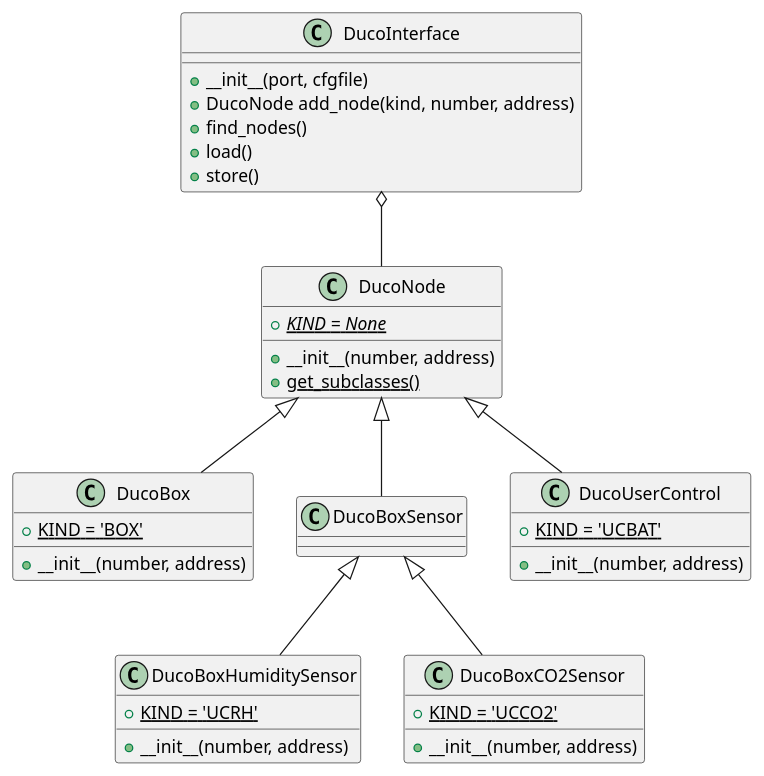
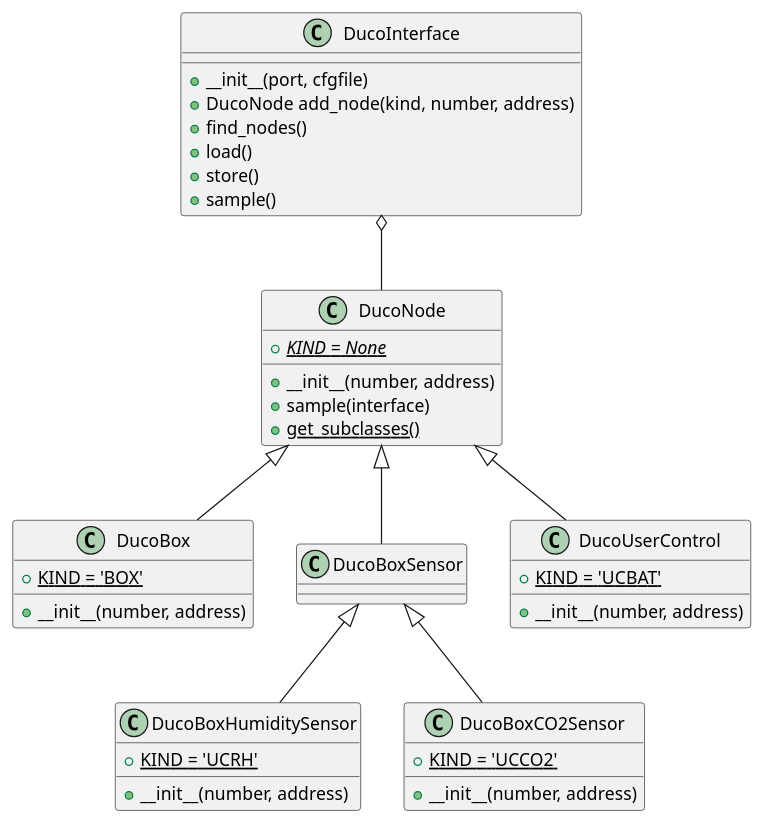
Before and after one commit to SteinHeselmans/DucoBox: the diagram in docs/design.rst, drawn with PlantUML. The commit also changed 1 other file, not shown here.

Commit message:
Add common way of taking samples

```diff
--- a/docs/design.rst
+++ b/docs/design.rst
@@ -13,49 +13,51 @@
 .. uml::
 
     @startuml
 
     DucoInterface o-- DucoNode
     DucoNode <|-- DucoBox
     DucoNode <|-- DucoBoxSensor
     DucoBoxSensor <|-- DucoBoxHumiditySensor
     DucoBoxSensor <|-- DucoBoxCO2Sensor
     DucoNode <|-- DucoUserControl
 
     class DucoInterface {
         +__init__(port, cfgfile)
         +DucoNode add_node(kind, number, address)
         +find_nodes()
         +load()
         +store()
+        +sample()
     }
 
     class DucoNode {
         +{abstract}{static} KIND = None
         +__init__(number, address)
+        +sample(interface)
         +{static}get_subclasses()
     }
 
     class DucoBox {
         +{static} KIND = 'BOX'
         +__init__(number, address)
     }
 
     class DucoBoxSensor {
     }
 
     class DucoBoxHumiditySensor {
         +{static} KIND = 'UCRH'
         +__init__(number, address)
     }
 
     class DucoBoxCO2Sensor {
         +{static} KIND = 'UCCO2'
         +__init__(number, address)
     }
 
     class DucoUserControl {
         +{static} KIND = 'UCBAT'
         +__init__(number, address)
     }
 
     @enduml
```
